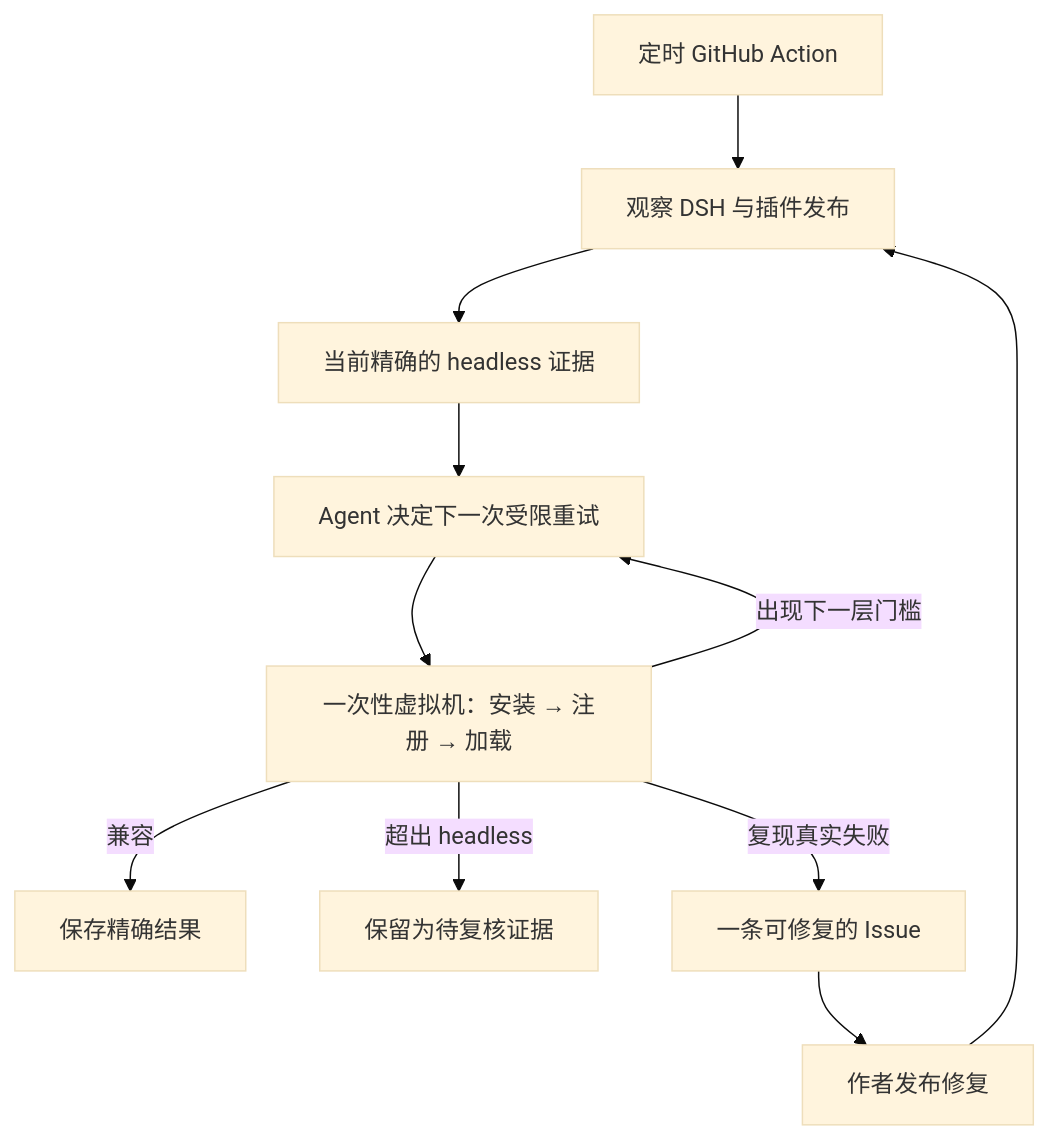
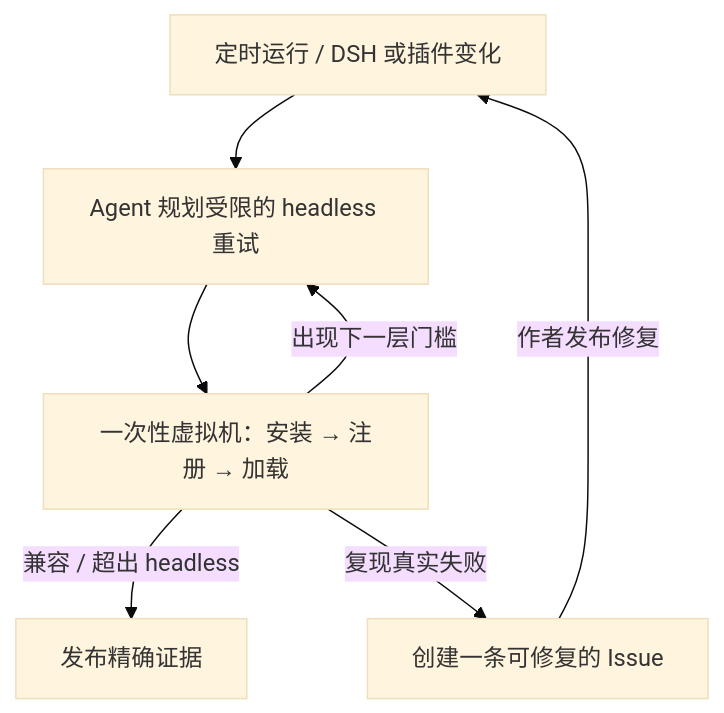
One commit to MicroMilo/upstream-radar changed the diagram in README.zh-CN.md. Above: the diagram before and after it, drawn with Mermaid (base theme). The commit also changed 1 other file, not shown here.

Commit message:
fix: keep the README loop inside GitHub viewport (#101)

````diff
--- a/README.zh-CN.md
+++ b/README.zh-CN.md
@@ -41,13 +41,9 @@
 ```mermaid
 flowchart TB
-  Schedule["定时 GitHub Action"] --> Watch["观察 DSH 与插件发布"]
-  Watch --> Evidence["当前精确的 headless 证据"]
-  Evidence --> Agent["Agent 决定下一次受限重试"]
+  Change["定时运行 / DSH 或插件变化"] --> Agent["Agent 规划受限的 headless 重试"]
   Agent --> Runtime["一次性虚拟机：安装 → 注册 → 加载"]
   Runtime -->|"出现下一层门槛"| Agent
-  Runtime -->|"兼容"| Ledger["保存精确结果"]
-  Runtime -->|"超出 headless"| Hold["保留为待复核证据"]
-  Runtime -->|"复现真实失败"| Issue["一条可修复的 Issue"]
-  Issue --> Fix["作者发布修复"]
-  Fix --> Watch
+  Runtime -->|"兼容 / 超出 headless"| Evidence["发布精确证据"]
+  Runtime -->|"复现真实失败"| Issue["创建一条可修复的 Issue"]
+  Issue -->|"作者发布修复"| Change
 ```
````
